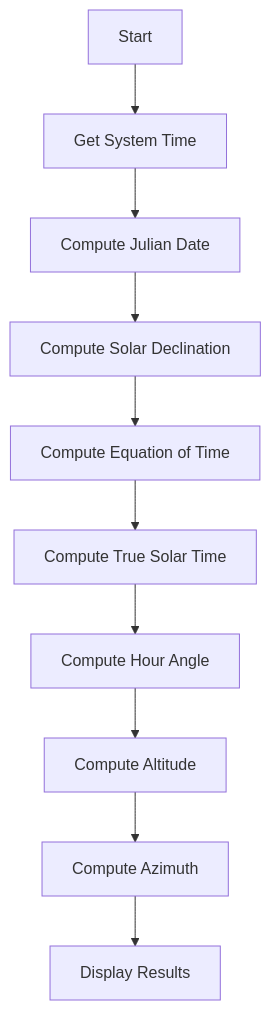
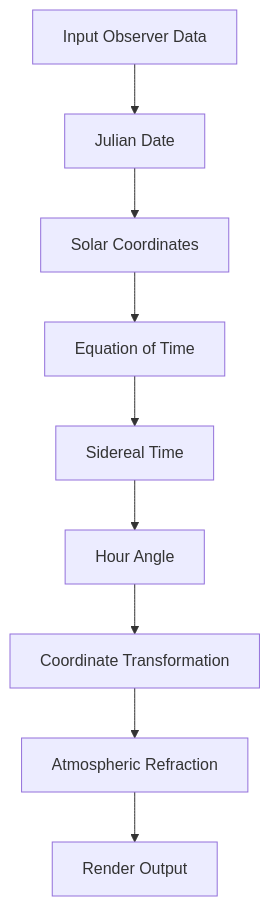
The diagram in README.md (AikoAii/HelioCelestia), drawn with Mermaid before and after one commit. The commit also changed other lines of this file, not shown here.

````diff
--- a/README.md
+++ b/README.md
@@ -251,12 +305,11 @@
 ```mermaid
 flowchart TD
-    A[Start] --> B[Get System Time]
-    B --> C[Compute Julian Date]
-    C --> D[Compute Solar Declination]
-    D --> E[Compute Equation of Time]
-    E --> F[Compute True Solar Time]
-    F --> G[Compute Hour Angle]
-    G --> H[Compute Altitude]
-    H --> I[Compute Azimuth]
-    I --> J[Display Results]
+    A[Input Observer Data] --> B[Julian Date]
+    B --> C[Solar Coordinates]
+    C --> D[Equation of Time]
+    D --> E[Sidereal Time]
+    E --> F[Hour Angle]
+    F --> G[Coordinate Transformation]
+    G --> H[Atmospheric Refraction]
+    H --> I[Render Output]
 ```
````
